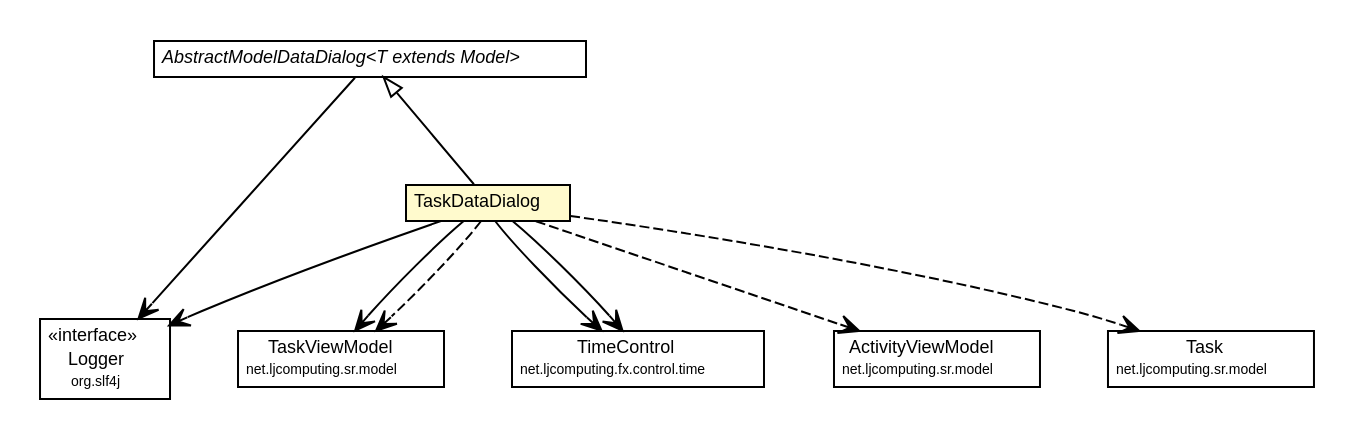
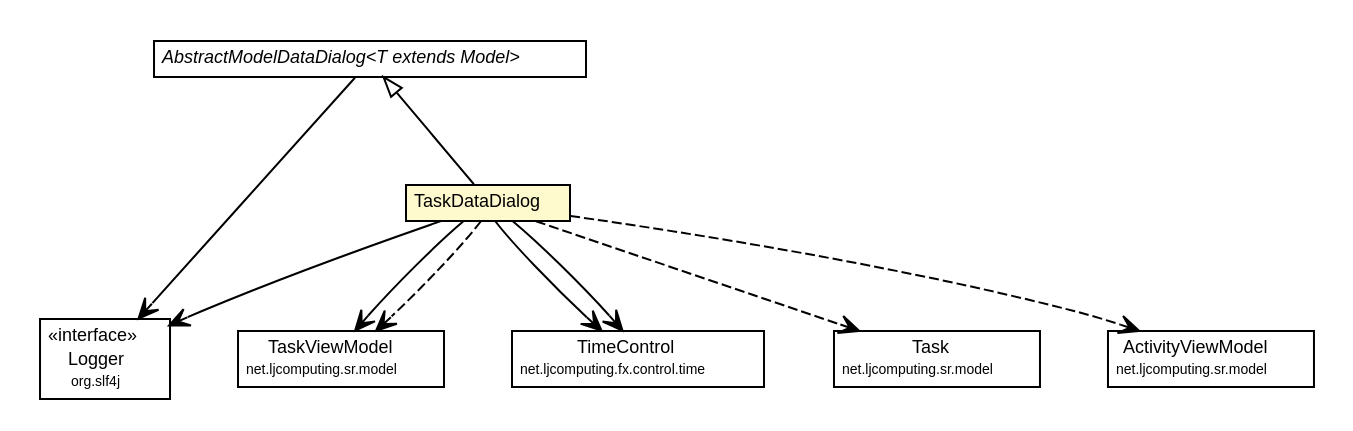
One commit to willmorejg/net.ljcomputing.sr2 changed the diagram in net.ljcomputing.status-reporter-2/docs/javadoc/apidocs/net/ljcomputing/sr/fx/dialog/impl/TaskDataDialog.dot. Above: the diagram before and after it, drawn with Graphviz. The commit also changed 493 other files, not shown here.

```diff
--- a/net.ljcomputing.status-reporter-2/docs/javadoc/apidocs/net/ljcomputing/sr/fx/dialog/impl/TaskDataDialog.dot
+++ b/net.ljcomputing.status-reporter-2/docs/javadoc/apidocs/net/ljcomputing/sr/fx/dialog/impl/TaskDataDialog.dot
@@ -1,78 +1,78 @@
 #!/usr/local/bin/dot
 #
 # Class diagram 
 # Generated by UMLGraph version R5_6 (http://www.umlgraph.org/)
 #
 
 digraph G {
 	edge [fontname="Helvetica",fontsize=10,labelfontname="Helvetica",labelfontsize=10];
 	node [fontname="Helvetica",fontsize=10,shape=plaintext];
 	nodesep=0.25;
 	ranksep=0.5;
 	// net.ljcomputing.sr.fx.dialog.impl.AbstractModelDataDialog<T extends net.ljcomputing.model.Model>
 	c1313 [label=<<table title="net.ljcomputing.sr.fx.dialog.impl.AbstractModelDataDialog" border="0" cellborder="1" cellspacing="0" cellpadding="2" port="p" href="./AbstractModelDataDialog.html">
 		<tr><td><table border="0" cellspacing="0" cellpadding="1">
 <tr><td align="center" balign="center"><font face="Helvetica-Oblique"> AbstractModelDataDialog&lt;T extends Model&gt; </font></td></tr>
 		</table></td></tr>
 		</table>>, URL="./AbstractModelDataDialog.html", fontname="Helvetica", fontcolor="black", fontsize=9.0];
 	// net.ljcomputing.sr.fx.dialog.impl.TaskDataDialog
 	c1314 [label=<<table title="net.ljcomputing.sr.fx.dialog.impl.TaskDataDialog" border="0" cellborder="1" cellspacing="0" cellpadding="2" port="p" bgcolor="lemonChiffon" href="./TaskDataDialog.html">
 		<tr><td><table border="0" cellspacing="0" cellpadding="1">
 <tr><td align="center" balign="center"> TaskDataDialog </td></tr>
 		</table></td></tr>
 		</table>>, URL="./TaskDataDialog.html", fontname="Helvetica", fontcolor="black", fontsize=9.0];
 	//net.ljcomputing.sr.fx.dialog.impl.TaskDataDialog extends net.ljcomputing.sr.fx.dialog.impl.AbstractModelDataDialog<net.ljcomputing.sr.model.TaskViewModel>
 	c1313:p -> c1314:p [dir=back,arrowtail=empty];
 	// net.ljcomputing.sr.fx.dialog.impl.AbstractModelDataDialog<T extends net.ljcomputing.model.Model> NAVASSOC org.slf4j.Logger
 	c1313:p -> c1337:p [taillabel="", label="", headlabel="", fontname="Helvetica", fontcolor="black", fontsize=10.0, color="black", arrowhead=open];
 	// net.ljcomputing.sr.fx.dialog.impl.TaskDataDialog NAVASSOC org.slf4j.Logger
 	c1314:p -> c1337:p [taillabel="", label="", headlabel="", fontname="Helvetica", fontcolor="black", fontsize=10.0, color="black", arrowhead=open];
 	// net.ljcomputing.sr.fx.dialog.impl.TaskDataDialog NAVASSOC net.ljcomputing.sr.model.TaskViewModel
 	c1314:p -> c1338:p [taillabel="", label="", headlabel="", fontname="Helvetica", fontcolor="black", fontsize=10.0, color="black", arrowhead=open];
 	// net.ljcomputing.sr.fx.dialog.impl.TaskDataDialog NAVASSOC net.ljcomputing.fx.control.time.TimeControl
 	c1314:p -> c1339:p [taillabel="", label="", headlabel="", fontname="Helvetica", fontcolor="black", fontsize=10.0, color="black", arrowhead=open];
 	// net.ljcomputing.sr.fx.dialog.impl.TaskDataDialog NAVASSOC net.ljcomputing.fx.control.time.TimeControl
 	c1314:p -> c1339:p [taillabel="", label="", headlabel="", fontname="Helvetica", fontcolor="black", fontsize=10.0, color="black", arrowhead=open];
-	// net.ljcomputing.sr.fx.dialog.impl.TaskDataDialog DEPEND net.ljcomputing.sr.model.ActivityViewModel
+	// net.ljcomputing.sr.fx.dialog.impl.TaskDataDialog DEPEND net.ljcomputing.sr.model.Task
 	c1314:p -> c1340:p [taillabel="", label="", headlabel="", fontname="Helvetica", fontcolor="black", fontsize=10.0, color="black", arrowhead=open, style=dashed];
 	// net.ljcomputing.sr.fx.dialog.impl.TaskDataDialog DEPEND net.ljcomputing.sr.model.TaskViewModel
 	c1314:p -> c1338:p [taillabel="", label="", headlabel="", fontname="Helvetica", fontcolor="black", fontsize=10.0, color="black", arrowhead=open, style=dashed];
-	// net.ljcomputing.sr.fx.dialog.impl.TaskDataDialog DEPEND net.ljcomputing.sr.model.Task
+	// net.ljcomputing.sr.fx.dialog.impl.TaskDataDialog DEPEND net.ljcomputing.sr.model.ActivityViewModel
 	c1314:p -> c1341:p [taillabel="", label="", headlabel="", fontname="Helvetica", fontcolor="black", fontsize=10.0, color="black", arrowhead=open, style=dashed];
 	// net.ljcomputing.sr.model.ActivityViewModel
-	c1340 [label=<<table title="net.ljcomputing.sr.model.ActivityViewModel" border="0" cellborder="1" cellspacing="0" cellpadding="2" port="p">
+	c1341 [label=<<table title="net.ljcomputing.sr.model.ActivityViewModel" border="0" cellborder="1" cellspacing="0" cellpadding="2" port="p">
 		<tr><td><table border="0" cellspacing="0" cellpadding="1">
 <tr><td align="center" balign="center"> ActivityViewModel </td></tr>
 <tr><td align="center" balign="center"><font point-size="7.0"> net.ljcomputing.sr.model </font></td></tr>
 		</table></td></tr>
 		</table>>, URL="null", fontname="Helvetica", fontcolor="black", fontsize=9.0];
 	// net.ljcomputing.sr.model.Task
-	c1341 [label=<<table title="net.ljcomputing.sr.model.Task" border="0" cellborder="1" cellspacing="0" cellpadding="2" port="p">
+	c1340 [label=<<table title="net.ljcomputing.sr.model.Task" border="0" cellborder="1" cellspacing="0" cellpadding="2" port="p">
 		<tr><td><table border="0" cellspacing="0" cellpadding="1">
 <tr><td align="center" balign="center"> Task </td></tr>
 <tr><td align="center" balign="center"><font point-size="7.0"> net.ljcomputing.sr.model </font></td></tr>
 		</table></td></tr>
 		</table>>, URL="null", fontname="Helvetica", fontcolor="black", fontsize=9.0];
 	// org.slf4j.Logger
 	c1337 [label=<<table title="org.slf4j.Logger" border="0" cellborder="1" cellspacing="0" cellpadding="2" port="p" href="http://www.slf4j.org/apidocs/org/slf4j/Logger.html">
 		<tr><td><table border="0" cellspacing="0" cellpadding="1">
 <tr><td align="center" balign="center"> &#171;interface&#187; </td></tr>
 <tr><td align="center" balign="center"> Logger </td></tr>
 <tr><td align="center" balign="center"><font point-size="7.0"> org.slf4j </font></td></tr>
 		</table></td></tr>
 		</table>>, URL="http://www.slf4j.org/apidocs/org/slf4j/Logger.html", fontname="Helvetica", fontcolor="black", fontsize=9.0];
 	// net.ljcomputing.sr.model.TaskViewModel
 	c1338 [label=<<table title="net.ljcomputing.sr.model.TaskViewModel" border="0" cellborder="1" cellspacing="0" cellpadding="2" port="p">
 		<tr><td><table border="0" cellspacing="0" cellpadding="1">
 <tr><td align="center" balign="center"> TaskViewModel </td></tr>
 <tr><td align="center" balign="center"><font point-size="7.0"> net.ljcomputing.sr.model </font></td></tr>
 		</table></td></tr>
 		</table>>, URL="null", fontname="Helvetica", fontcolor="black", fontsize=9.0];
 	// net.ljcomputing.fx.control.time.TimeControl
 	c1339 [label=<<table title="net.ljcomputing.fx.control.time.TimeControl" border="0" cellborder="1" cellspacing="0" cellpadding="2" port="p">
 		<tr><td><table border="0" cellspacing="0" cellpadding="1">
 <tr><td align="center" balign="center"> TimeControl </td></tr>
 <tr><td align="center" balign="center"><font point-size="7.0"> net.ljcomputing.fx.control.time </font></td></tr>
 		</table></td></tr>
 		</table>>, URL="null", fontname="Helvetica", fontcolor="black", fontsize=9.0];
 }
```
